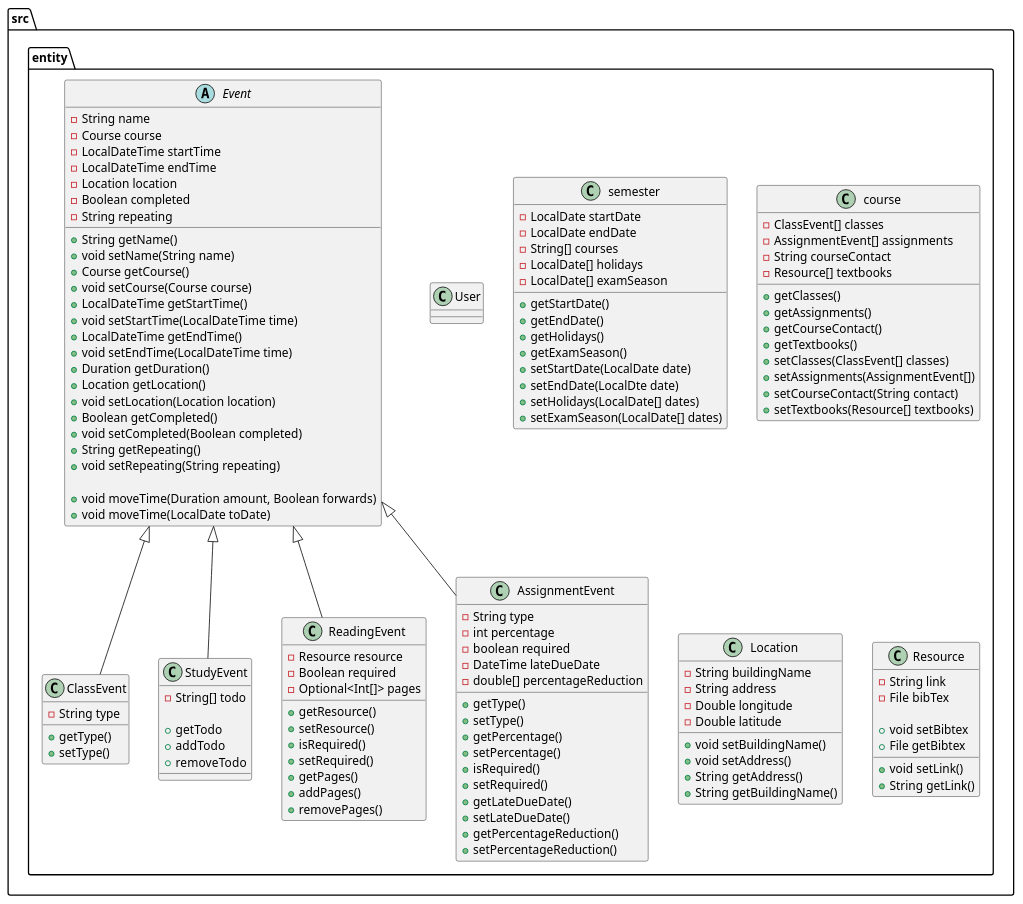
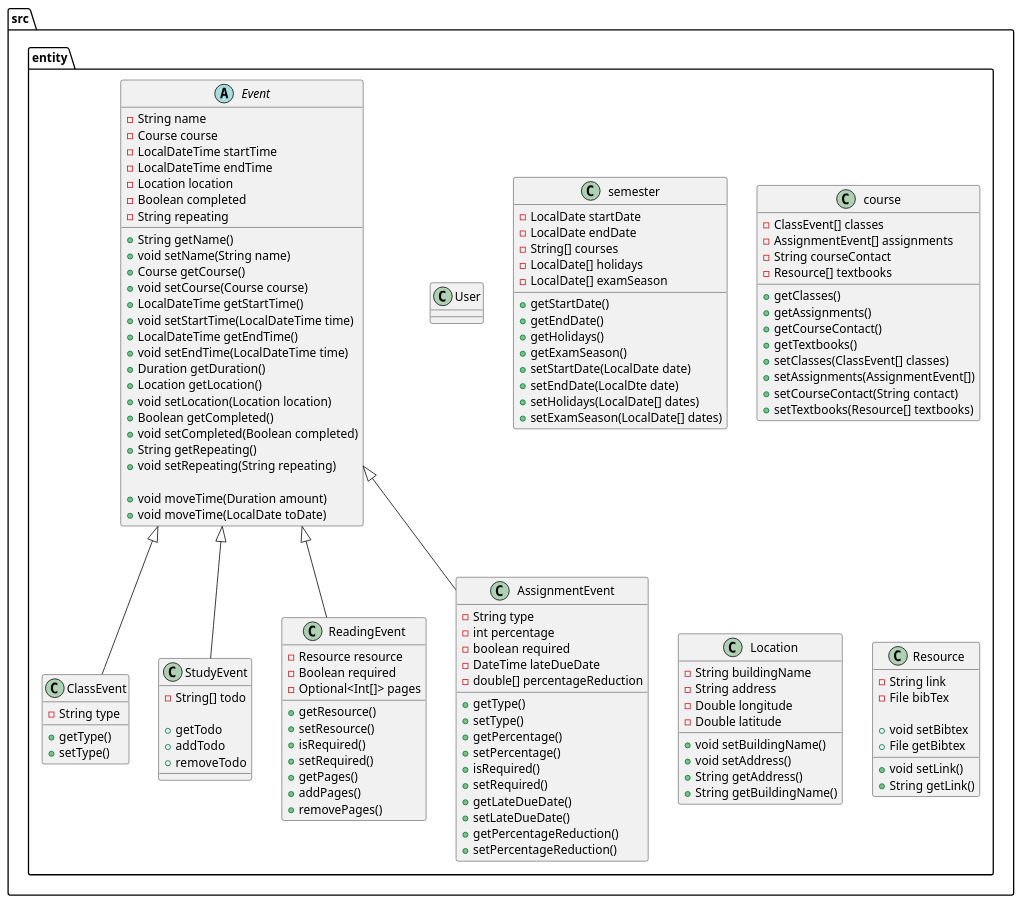
Before and after one commit to Rafiah-n/AcademiCal: the diagram in DESIGN.puml, drawn with PlantUML.

Commit message:
Clarified moveTime in DESIGN.puml

```diff
--- a/DESIGN.puml
+++ b/DESIGN.puml
@@ -1,151 +1,151 @@
 @startuml
 
 folder src {
 
     folder entity {
 
         abstract Event {
             - String name
             - Course course
             - LocalDateTime startTime
             - LocalDateTime endTime
             - Location location
             - Boolean completed
             - String repeating  /' weekly, monthly, daily, biweekly... '/
                                 /' could probably use a better type than String '/
 
             + String getName()
             + void setName(String name)
             + Course getCourse()
             + void setCourse(Course course)
             + LocalDateTime getStartTime()
             + void setStartTime(LocalDateTime time)
             + LocalDateTime getEndTime()
             + void setEndTime(LocalDateTime time)
             + Duration getDuration()
             + Location getLocation()
             + void setLocation(Location location)
             + Boolean getCompleted()
             + void setCompleted(Boolean completed)
             + String getRepeating()
             + void setRepeating(String repeating)
 
             ' Moves start and end times in unison
-            + void moveTime(Duration amount, Boolean forwards)
+            + void moveTime(Duration amount)  /' Negative duration values move backwards '/
             + void moveTime(LocalDate toDate)
         }
 
         class ClassEvent extends Event {
             - String type
 
             + getType()
             + setType()
         }
 
         class StudyEvent extends Event {
             - String[] todo
 
             + getTodo
             + addTodo
             + removeTodo
         }
 
         class ReadingEvent extends Event {
             - Resource resource
             - Boolean required
             - Optional<Int[]> pages
 
             + getResource()
             + setResource()
             + isRequired()
             + setRequired()
             + getPages()
             + addPages()
             + removePages()
         }
 
         class AssignmentEvent extends Event {
             - String type
             - int percentage
             - boolean required
             - DateTime lateDueDate
             - double[] percentageReduction
 
 
             + getType()
             + setType()
             + getPercentage()
             + setPercentage()
             + isRequired()
             + setRequired()
             + getLateDueDate()
             + setLateDueDate()
             + getPercentageReduction()
             + setPercentageReduction()
         }
 
         class User {
             ' Unimplemented for now
         }
 
         class semester{
             - LocalDate startDate
             - LocalDate endDate
             - String[] courses
             - LocalDate[] holidays
             - LocalDate[] examSeason
 
             + getStartDate()
             + getEndDate()
             + getHolidays()
             + getExamSeason()
             + setStartDate(LocalDate date)
             + setEndDate(LocalDte date)
             + setHolidays(LocalDate[] dates)
             + setExamSeason(LocalDate[] dates)
         }
 
         class course {
             - ClassEvent[] classes
             - AssignmentEvent[] assignments
             - String courseContact
             - Resource[] textbooks
 
             + getClasses()
             + getAssignments()
             + getCourseContact()
             + getTextbooks()
             + setClasses(ClassEvent[] classes)
             + setAssignments(AssignmentEvent[])
             + setCourseContact(String contact)
             + setTextbooks(Resource[] textbooks)
         }
 
         class Location{
             - String buildingName
             - String address
             - Double longitude
             - Double latitude
 
             + void setBuildingName()
             + void setAddress()
             + String getAddress()
             + String getBuildingName()
         }
 
         class Resource{
             - String link
             - File bibTex
 
             + void setLink()
             + String getLink()
             + void setBibtex
             + File getBibtex
         }
 
     }  /' folder entity '/
 
 
 }  /' folder src '/
 
 @enduml
```
